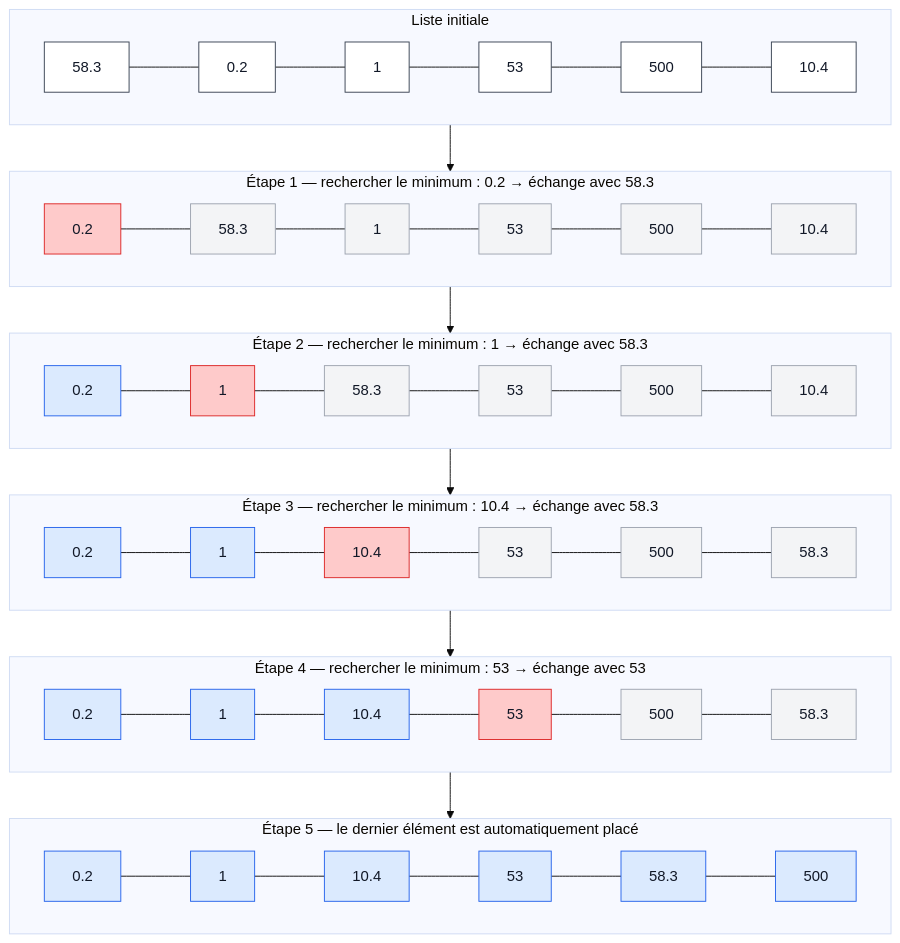
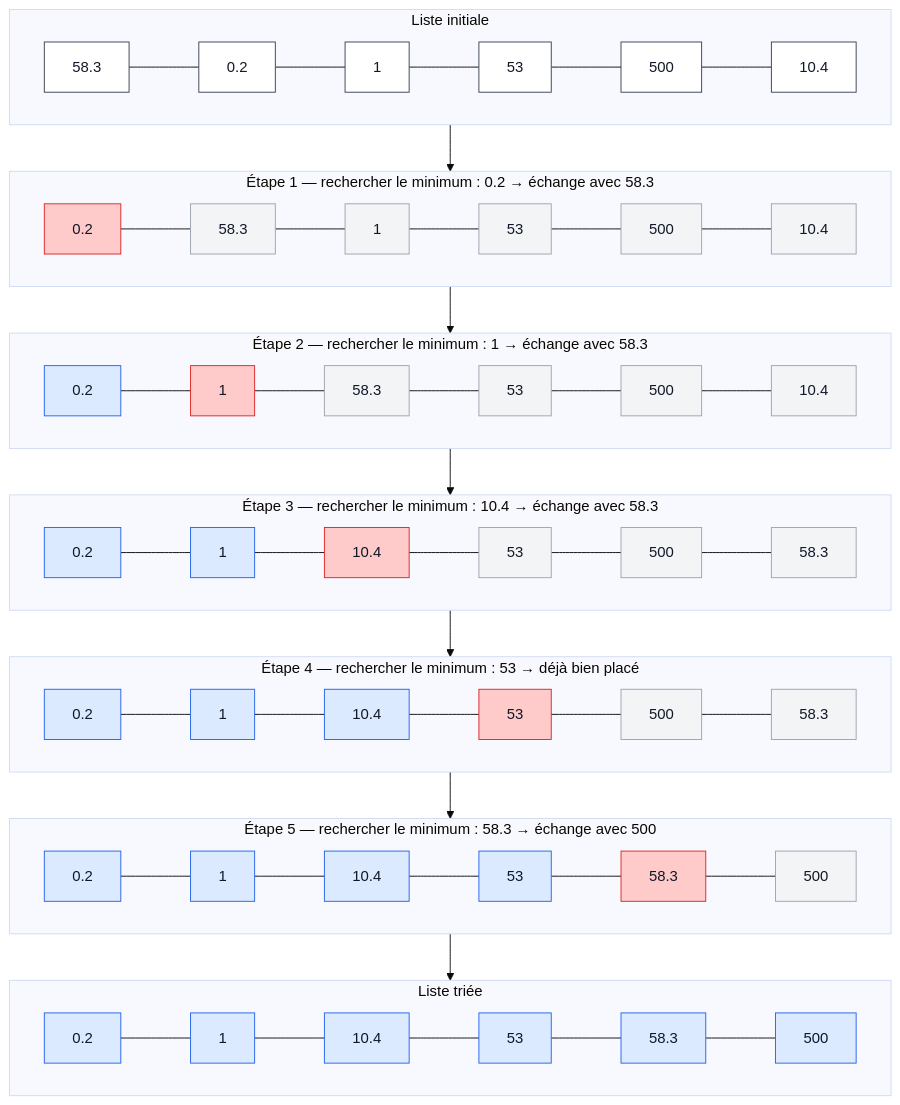
The first of 2 diagrams in cours.md (Ogust1-off/Informatique), drawn with Mermaid (base theme) before and after one commit. The commit also changed other lines of this file, not shown here.

````diff
--- a/cours.md
+++ b/cours.md
@@ -847,40 +847,45 @@
 ```mermaid
 flowchart TB
 
     subgraph S0["Liste initiale"]
         direction LR
         A1["58.3"]:::normal --- A2["0.2"]:::normal --- A3["1"]:::normal --- A4["53"]:::normal --- A5["500"]:::normal --- A6["10.4"]:::normal
     end
 
     subgraph S1["Étape 1 — rechercher le minimum : 0.2 → échange avec 58.3"]
         direction LR
         B1["0.2"]:::selected --- B2["58.3"]:::unsorted --- B3["1"]:::unsorted --- B4["53"]:::unsorted --- B5["500"]:::unsorted --- B6["10.4"]:::unsorted
     end
 
     subgraph S2["Étape 2 — rechercher le minimum : 1 → échange avec 58.3"]
         direction LR
         C1["0.2"]:::sorted --- C2["1"]:::selected --- C3["58.3"]:::unsorted --- C4["53"]:::unsorted --- C5["500"]:::unsorted --- C6["10.4"]:::unsorted
     end
 
     subgraph S3["Étape 3 — rechercher le minimum : 10.4 → échange avec 58.3"]
         direction LR
         D1["0.2"]:::sorted --- D2["1"]:::sorted --- D3["10.4"]:::selected --- D4["53"]:::unsorted --- D5["500"]:::unsorted --- D6["58.3"]:::unsorted
     end
 
-    subgraph S4["Étape 4 — rechercher le minimum : 53 → échange avec 53"]
+    subgraph S4["Étape 4 — rechercher le minimum : 53 → déjà bien placé"]
         direction LR
         E1["0.2"]:::sorted --- E2["1"]:::sorted --- E3["10.4"]:::sorted --- E4["53"]:::selected --- E5["500"]:::unsorted --- E6["58.3"]:::unsorted
     end
 
-    subgraph S5["Étape 5 — le dernier élément est automatiquement placé"]
+    subgraph S5["Étape 5 — rechercher le minimum : 58.3 → échange avec 500"]
         direction LR
-        F1["0.2"]:::sorted --- F2["1"]:::sorted --- F3["10.4"]:::sorted --- F4["53"]:::sorted --- F5["58.3"]:::sorted --- F6["500"]:::sorted
+        F1["0.2"]:::sorted --- F2["1"]:::sorted --- F3["10.4"]:::sorted --- F4["53"]:::sorted --- F5["58.3"]:::selected --- F6["500"]:::unsorted
     end
 
-    S0 --> S1 --> S2 --> S3 --> S4 --> S5
+    subgraph SF["Liste triée"]
+        direction LR
+        G1["0.2"]:::sorted --- G2["1"]:::sorted --- G3["10.4"]:::sorted --- G4["53"]:::sorted --- G5["58.3"]:::sorted --- G6["500"]:::sorted
+    end
+
+    S0 --> S1 --> S2 --> S3 --> S4 --> S5 --> SF
 
     classDef normal fill:#ffffff,stroke:#374151,color:#111827;
     classDef sorted fill:#dbeafe,stroke:#2563eb,color:#111827;
     classDef selected fill:#fecaca,stroke:#dc2626,color:#111827;
     classDef unsorted fill:#f3f4f6,stroke:#9ca3af,color:#111827;
 ```
````
